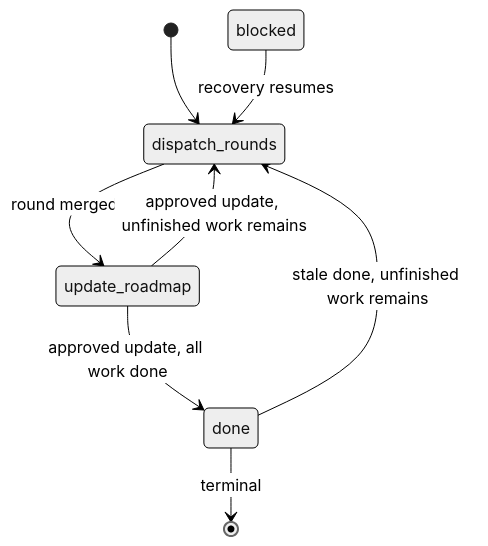
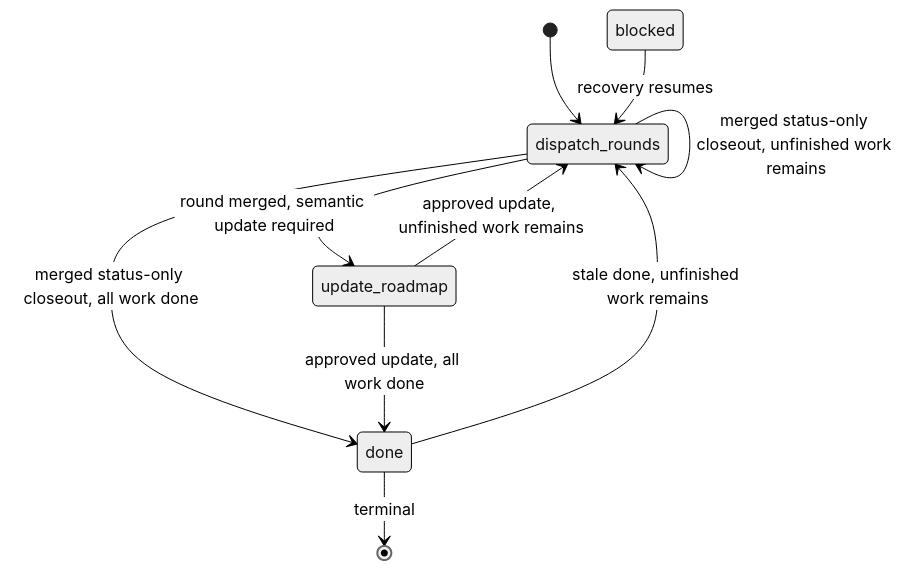
The first of 2 diagrams in skills/run-orchestrator-loop/references/state-machine.md (swaitw/orchestrator-skill), drawn with Mermaid (neutral theme) before and after one commit. The commit also changed other lines of this file and 39 other files, not shown here.

````diff
--- a/skills/run-orchestrator-loop/references/state-machine.md
+++ b/skills/run-orchestrator-loop/references/state-machine.md
@@ -84,10 +133,12 @@
 ```mermaid
 stateDiagram-v2
     [*] --> dispatch_rounds
-    dispatch_rounds --> update_roadmap: round merged
+    dispatch_rounds --> dispatch_rounds: merged status-only closeout, unfinished work remains
+    dispatch_rounds --> done: merged status-only closeout, all work done
+    dispatch_rounds --> update_roadmap: round merged, semantic update required
     blocked --> dispatch_rounds: recovery resumes
     update_roadmap --> dispatch_rounds: approved update, unfinished work remains
     update_roadmap --> done: approved update, all work done
     done --> dispatch_rounds: stale done, unfinished work remains
     done --> [*]: terminal
 ```
````
